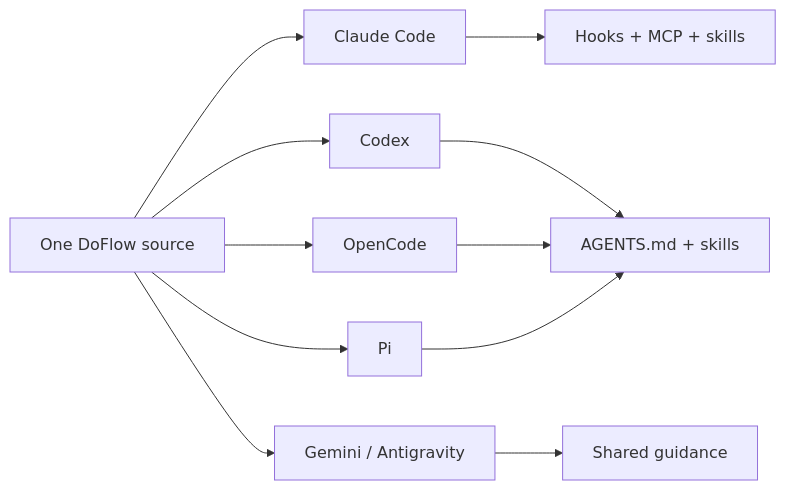
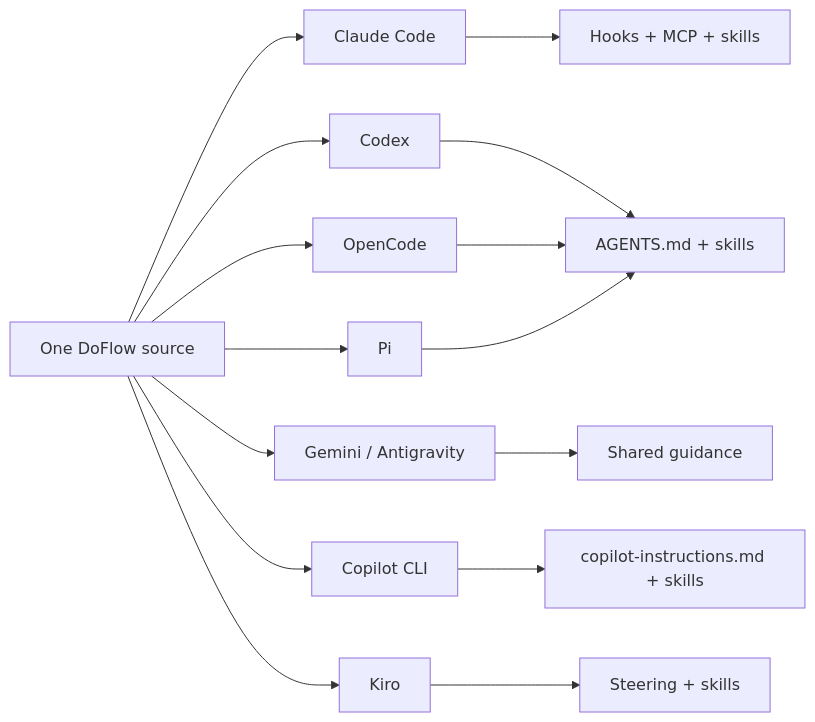
Before and after one commit to khoavu882/do-flow: the first of 2 diagrams in README.md, drawn with Mermaid. The commit also changed other lines of this file and 5 other files, not shown here.

````diff
--- a/README.md
+++ b/README.md
@@ -7,13 +7,17 @@
 ```mermaid
 flowchart LR
     R[One DoFlow source] --> C[Claude Code]
     R --> X[Codex]
     R --> G[Gemini / Antigravity]
     R --> O[OpenCode]
     R --> P[Pi]
+    R --> CP[Copilot CLI]
+    R --> K[Kiro]
     C --> H[Hooks + MCP + skills]
     X --> S[AGENTS.md + skills]
     G --> A[Shared guidance]
     O --> S
     P --> S
+    CP --> CI[copilot-instructions.md + skills]
+    K --> ST[Steering + skills]
 ```
````
